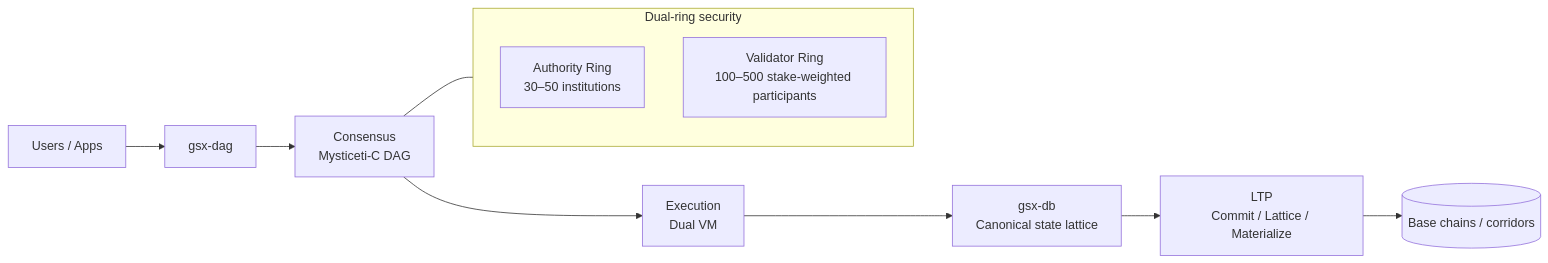
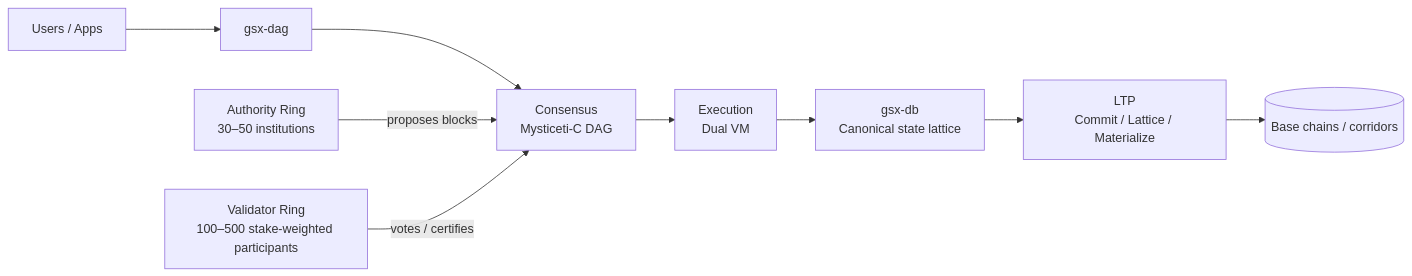
The diagram in docs/visuals/mermaid/gsx-dag.md (nanofaxcopy/suwappu-lattice-protocol), drawn with Mermaid before and after one commit. The commit also changed 10 other files, not shown here.

````diff
--- a/docs/visuals/mermaid/gsx-dag.md
+++ b/docs/visuals/mermaid/gsx-dag.md
@@ -3,20 +3,11 @@
 ```mermaid
 flowchart LR
   Users[Users / Apps] --> DAG[gsx-dag]
-  DAG --> C[Consensus
-Mysticeti-C DAG]
-  C --> E[Execution
-Dual VM]
-  E --> DB[gsx-db
-Canonical state lattice]
-  DB --> LTP[LTP
-Commit / Lattice / Materialize]
+  DAG --> C[Consensus<br/>Mysticeti-C DAG]
+  C --> E[Execution<br/>Dual VM]
+  E --> DB[gsx-db<br/>Canonical state lattice]
+  DB --> LTP[LTP<br/>Commit / Lattice / Materialize]
   LTP --> Corridors[(Base chains / corridors)]
-  subgraph Rings[Dual-ring security]
-    A[Authority Ring
-30–50 institutions]
-    V[Validator Ring
-100–500 stake-weighted participants]
-  end
-  C --- Rings
+  A[Authority Ring<br/>30–50 institutions] -->|proposes blocks| C
+  V[Validator Ring<br/>100–500 stake-weighted participants] -->|votes / certifies| C
 ```
````
